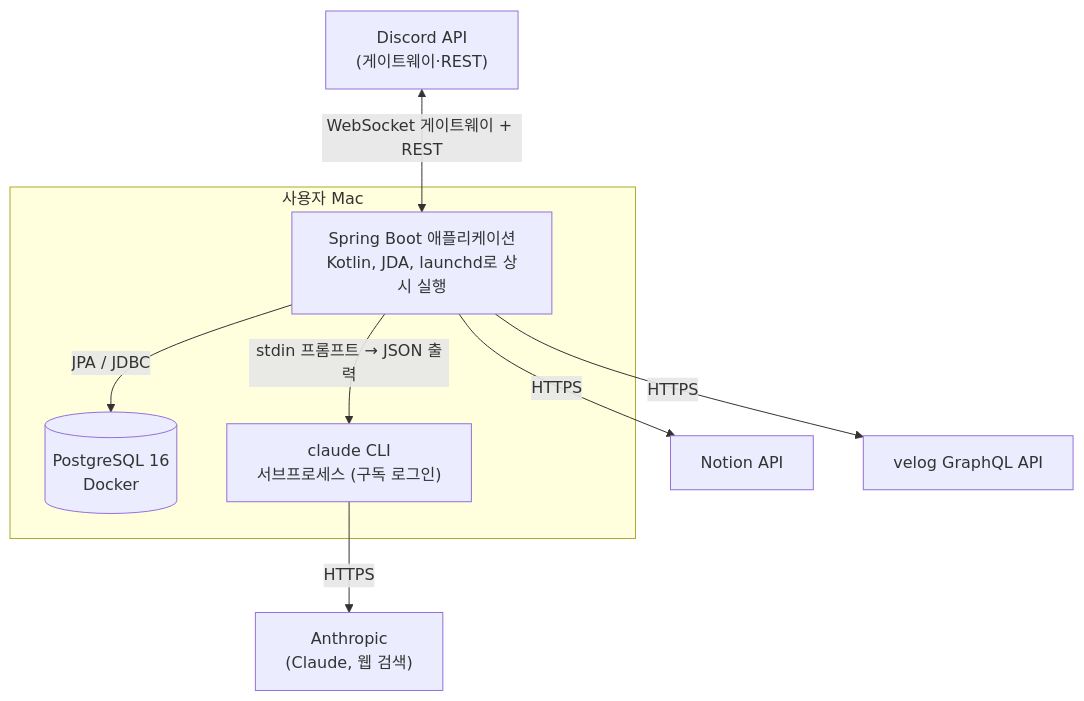
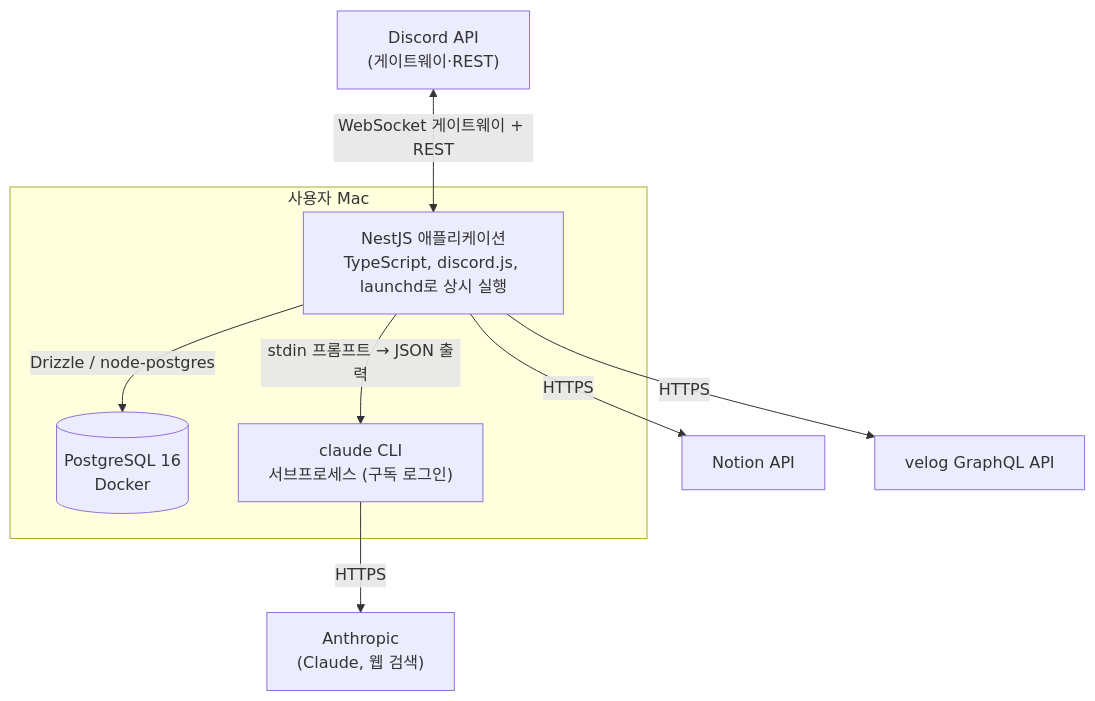
The diagram in docs/architecture/c4-2-container.md (Wonchang0314/growth-assistant), drawn with Mermaid before and after one commit. The commit also changed other lines of this file and 84 other files, not shown here.

Commit message:
chore: NestJS 프로젝트 골격 (Kotlin·Gradle 제거, TypeScript·Vitest·ESLint·Prettier, 환경 변수 검증)

````diff
--- a/docs/architecture/c4-2-container.md
+++ b/docs/architecture/c4-2-container.md
@@ -5,19 +5,19 @@
 ```mermaid
 flowchart TB
     discord["Discord API<br/>(게이트웨이·REST)"]
     notion["Notion API"]
     velog["velog GraphQL API"]
 
     subgraph mac["사용자 Mac"]
-        app["Spring Boot 애플리케이션<br/>Kotlin, JDA, launchd로 상시 실행"]
+        app["NestJS 애플리케이션<br/>TypeScript, discord.js, launchd로 상시 실행"]
         db[("PostgreSQL 16<br/>Docker")]
         cli["claude CLI<br/>서브프로세스 (구독 로그인)"]
     end
 
     discord <-- "WebSocket 게이트웨이 + REST" --> app
-    app -- "JPA / JDBC" --> db
+    app -- "Drizzle / node-postgres" --> db
     app -- "stdin 프롬프트 → JSON 출력" --> cli
     cli -- "HTTPS" --> anthropic["Anthropic<br/>(Claude, 웹 검색)"]
     app -- "HTTPS" --> notion
     app -- "HTTPS" --> velog
 ```
````
